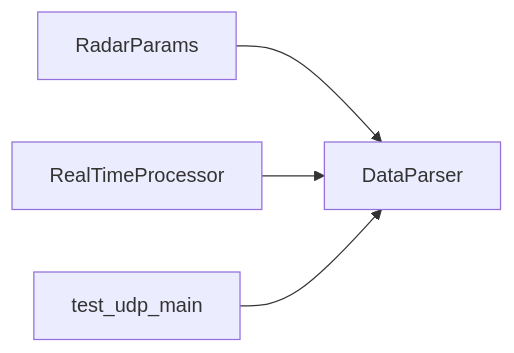
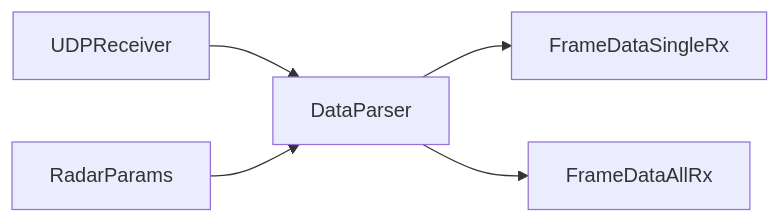
Before and after one commit to Lukad77/awr1843-radar-toolkit: the seventh of 7 diagrams in .qoder/repowiki/zh/content/网络数据链路与解析/雷达数据解析.md, drawn with Mermaid. The commit also changed other lines of this file and 106 other files, not shown here.

````diff
--- a/.qoder/repowiki/zh/content/网络数据链路与解析/雷达数据解析.md
+++ b/.qoder/repowiki/zh/content/网络数据链路与解析/雷达数据解析.md
@@ -264,6 +234,7 @@
 ```mermaid
 graph LR
-RP["RadarParams"] --> DP["DataParser"]
-RTP["RealTimeProcessor"] --> DP
-TUM["test_udp_main"] --> DP
+UDP["UDPReceiver"] --> DP["DataParser"]
+RP["RadarParams"] --> DP
+DP --> OUT1["FrameDataSingleRx"]
+DP --> OUT2["FrameDataAllRx"]
 ```
````
